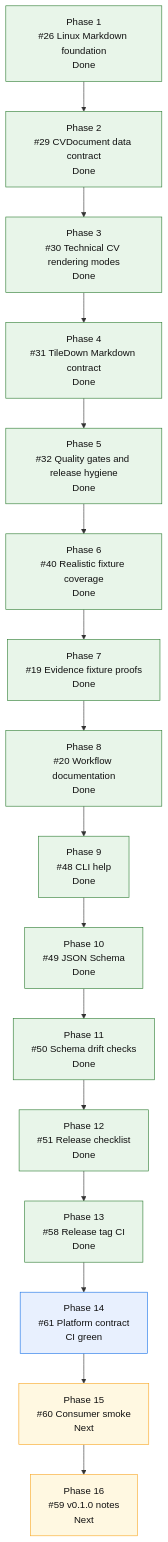
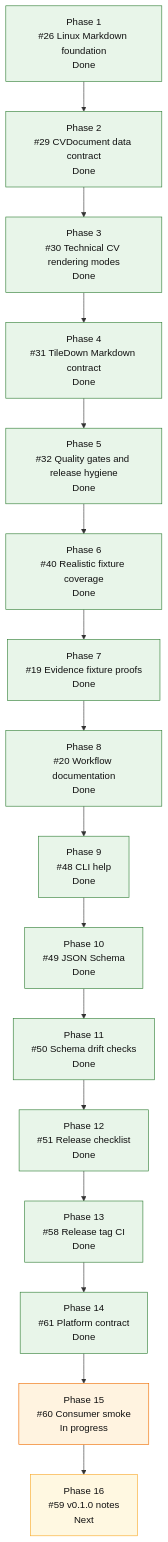
Before and after one commit to mihaelamj/cvbuilder: the diagram in README.md, drawn with Mermaid. The commit also changed other lines of this file and 7 other files, not shown here.

Commit message:
ci: add consumer package smoke test

````diff
--- a/README.md
+++ b/README.md
@@ -167,32 +167,32 @@
 ```mermaid
 flowchart TD
     P1["Phase 1<br/>#26 Linux Markdown foundation<br/>Done"]
     P2["Phase 2<br/>#29 CVDocument data contract<br/>Done"]
     P3["Phase 3<br/>#30 Technical CV rendering modes<br/>Done"]
     P4["Phase 4<br/>#31 TileDown Markdown contract<br/>Done"]
     P5["Phase 5<br/>#32 Quality gates and release hygiene<br/>Done"]
     P6["Phase 6<br/>#40 Realistic fixture coverage<br/>Done"]
     P7["Phase 7<br/>#19 Evidence fixture proofs<br/>Done"]
     P8["Phase 8<br/>#20 Workflow documentation<br/>Done"]
     P9["Phase 9<br/>#48 CLI help<br/>Done"]
     P10["Phase 10<br/>#49 JSON Schema<br/>Done"]
     P11["Phase 11<br/>#50 Schema drift checks<br/>Done"]
     P12["Phase 12<br/>#51 Release checklist<br/>Done"]
     P13["Phase 13<br/>#58 Release tag CI<br/>Done"]
-    P14["Phase 14<br/>#61 Platform contract<br/>CI green"]
-    P15["Phase 15<br/>#60 Consumer smoke<br/>Next"]
+    P14["Phase 14<br/>#61 Platform contract<br/>Done"]
+    P15["Phase 15<br/>#60 Consumer smoke<br/>In progress"]
     P16["Phase 16<br/>#59 v0.1.0 notes<br/>Next"]
 
     P1 --> P2 --> P3 --> P4 --> P5 --> P6 --> P7 --> P8 --> P9 --> P10 --> P11 --> P12 --> P13 --> P14 --> P15 --> P16
 
     classDef done fill:#e8f5e9,stroke:#2e7d32,color:#111;
     classDef active fill:#fff3e0,stroke:#ef6c00,color:#111;
     classDef review fill:#e8f0fe,stroke:#1a73e8,color:#111;
     classDef next fill:#fff8e1,stroke:#f9a825,color:#111;
     classDef partial fill:#e0f7fa,stroke:#00838f,color:#111;
     classDef todo fill:#eef3ff,stroke:#3367d6,color:#111;
     class P1,P2,P3,P4 done;
-    class P5,P6,P7,P8,P9,P10,P11,P12,P13 done;
-    class P14 review;
-    class P15,P16 next;
+    class P5,P6,P7,P8,P9,P10,P11,P12,P13,P14 done;
+    class P15 active;
+    class P16 next;
 ```
````
